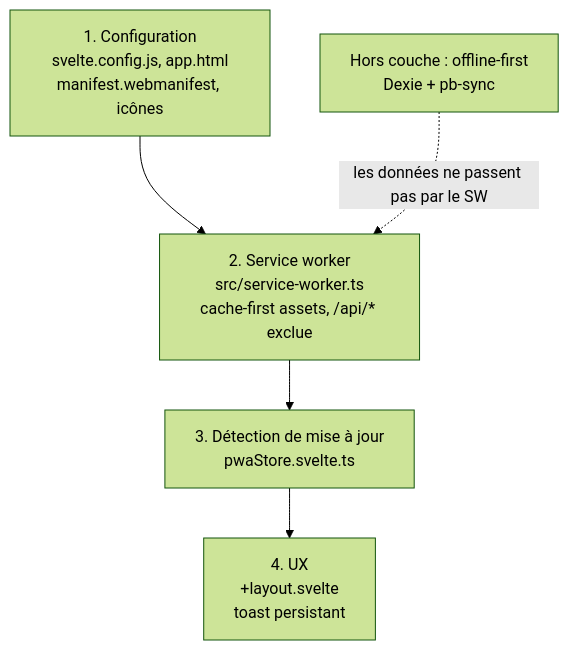
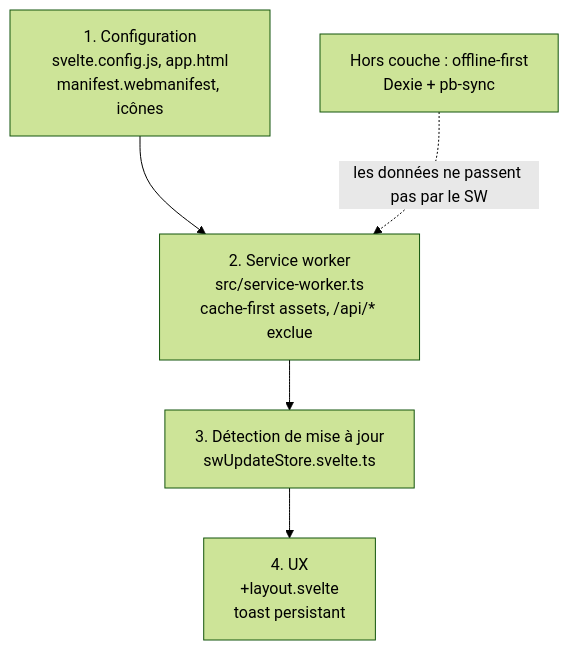
One commit to QaldeK/oupla-planning changed the diagram in docs/architecture/pwa.md. Above: the diagram before and after it, drawn with Mermaid (forest theme). The commit also changed other lines of this file and 1 other file, not shown here.

Commit message:
docs(pwa): document store split, device gate and install vocabulary

````diff
--- a/docs/architecture/pwa.md
+++ b/docs/architecture/pwa.md
@@ -9,12 +9,12 @@
 ```mermaid
 flowchart TD
   SETUP["1. Configuration<br/>svelte.config.js, app.html<br/>manifest.webmanifest, icônes"]
   SW["2. Service worker<br/>src/service-worker.ts<br/>cache-first assets, /api/* exclue"]
-  DETECT["3. Détection de mise à jour<br/>pwaStore.svelte.ts"]
+  DETECT["3. Détection de mise à jour<br/>swUpdateStore.svelte.ts"]
   UX["4. UX<br/>+layout.svelte<br/>toast persistant"]
   SETUP --> SW
   SW --> DETECT
   DETECT --> UX
   OFFLINE["Hors couche : offline-first<br/>Dexie + pb-sync"]
   OFFLINE -.->|"les données ne passent pas par le SW"| SW
 ```
````
